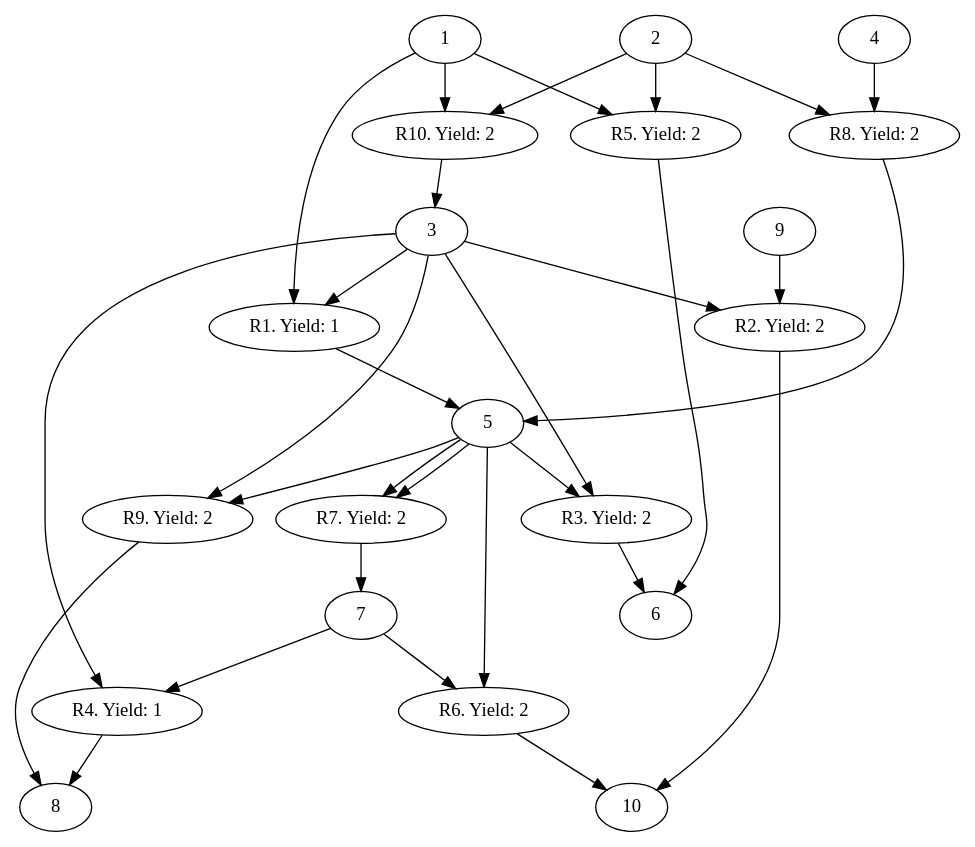
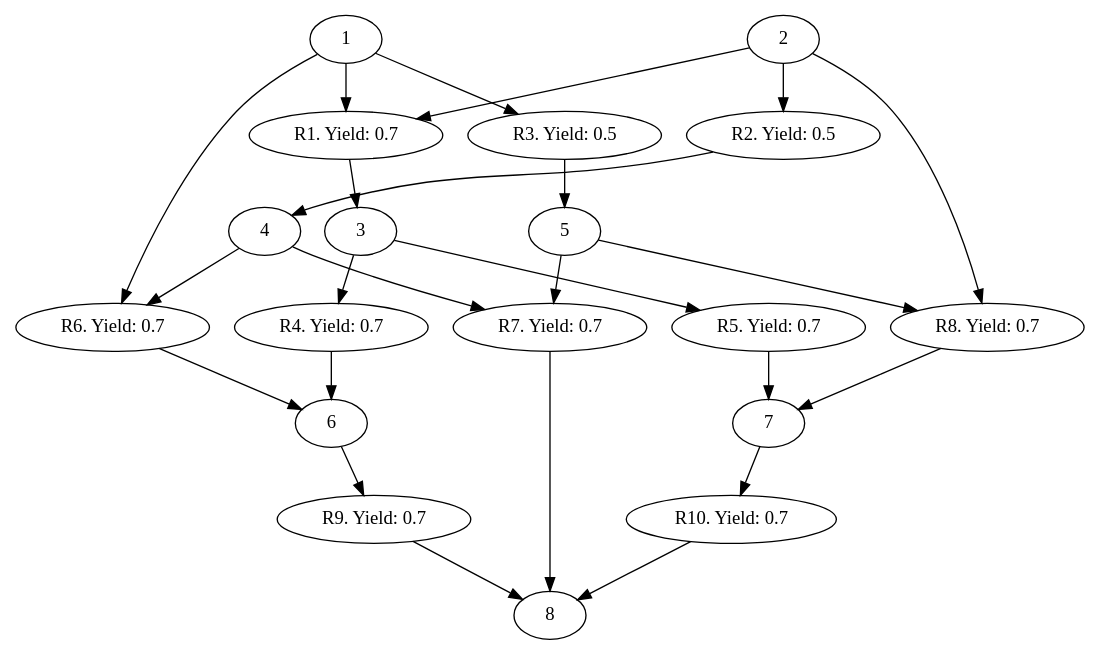
One commit to hschu12/Speciale changed the diagram in src/Graph.gv. Above: the diagram before and after it, drawn with Graphviz. The commit also changed 26 other files, not shown here.

```diff
--- a/src/Graph.gv
+++ b/src/Graph.gv
@@ -1,44 +1,38 @@
 digraph G { 
 {
-	R1 [label = "R1. Yield: 1"]
-	R2 [label = "R2. Yield: 2"]
-	R3 [label = "R3. Yield: 2"]
-	R4 [label = "R4. Yield: 1"]
-	R5 [label = "R5. Yield: 2"]
-	R6 [label = "R6. Yield: 2"]
-	R7 [label = "R7. Yield: 2"]
-	R8 [label = "R8. Yield: 2"]
-	R9 [label = "R9. Yield: 2"]
-	R10 [label = "R10. Yield: 2"]
+	R1 [label = "R1. Yield: 0.7"]
+	R2 [label = "R2. Yield: 0.5"]
+	R3 [label = "R3. Yield: 0.5"]
+	R4 [label = "R4. Yield: 0.7"]
+	R5 [label = "R5. Yield: 0.7"]
+	R6 [label = "R6. Yield: 0.7"]
+	R7 [label = "R7. Yield: 0.7"]
+	R8 [label = "R8. Yield: 0.7"]
+	R9 [label = "R9. Yield: 0.7"]
+	R10 [label = "R10. Yield: 0.7"]
 }
-	R1 -> 5;
-	3 -> R1;
+	R1 -> 3;
 	1 -> R1;
-	R2 -> 10;
-	3 -> R2;
-	9 -> R2;
-	R3 -> 6;
-	3 -> R3;
-	5 -> R3;
-	R4 -> 8;
-	7 -> R4;
+	2 -> R1;
+	R2 -> 4;
+	2 -> R2;
+	R3 -> 5;
+	1 -> R3;
+	R4 -> 6;
 	3 -> R4;
-	R5 -> 6;
-	2 -> R5;
-	1 -> R5;
-	R6 -> 10;
-	7 -> R6;
-	5 -> R6;
-	R7 -> 7;
+	R5 -> 7;
+	3 -> R5;
+	R6 -> 6;
+	1 -> R6;
+	4 -> R6;
+	R7 -> 8;
+	4 -> R7;
 	5 -> R7;
-	5 -> R7;
-	R8 -> 5;
-	4 -> R8;
+	R8 -> 7;
 	2 -> R8;
+	5 -> R8;
 	R9 -> 8;
-	3 -> R9;
-	5 -> R9;
-	R10 -> 3;
-	2 -> R10;
-	1 -> R10;
+	6 -> R9;
+	R10 -> 8;
+	7 -> R10;
 }
```
